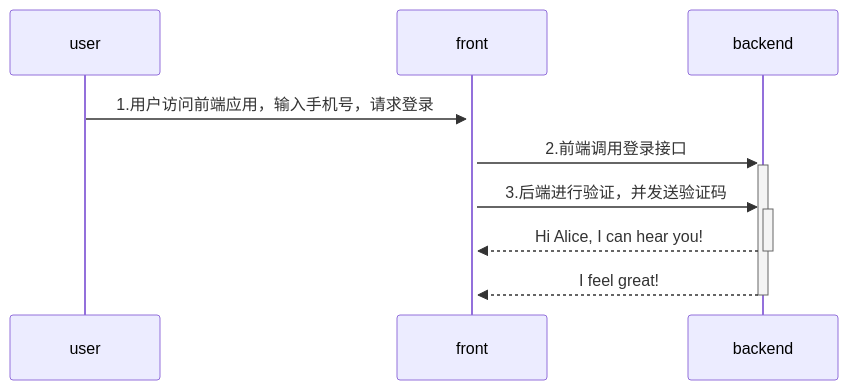
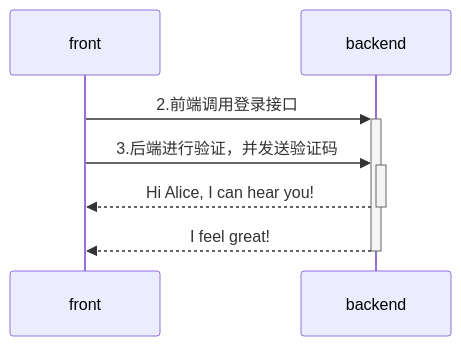
The diagram in all/未命名-4.md (yingjianzh/iodraw-files), drawn with Mermaid before and after one commit.

Commit message:
2024-08-02 17:39:18 update

````diff
--- a/all/未命名-4.md
+++ b/all/未命名-4.md
@@ -1,9 +1,9 @@
 ```mermaid
 sequenceDiagram
-    user->>+front: 1.用户访问前端应用，输入手机号，请求登录
+   
     front->>+backend: 2.前端调用登录接口
     front->>+backend: 3.后端进行验证，并发送验证码
     backend-->>-front: Hi Alice, I can hear you!
     backend-->>-front: I feel great!
             
 ```
````
